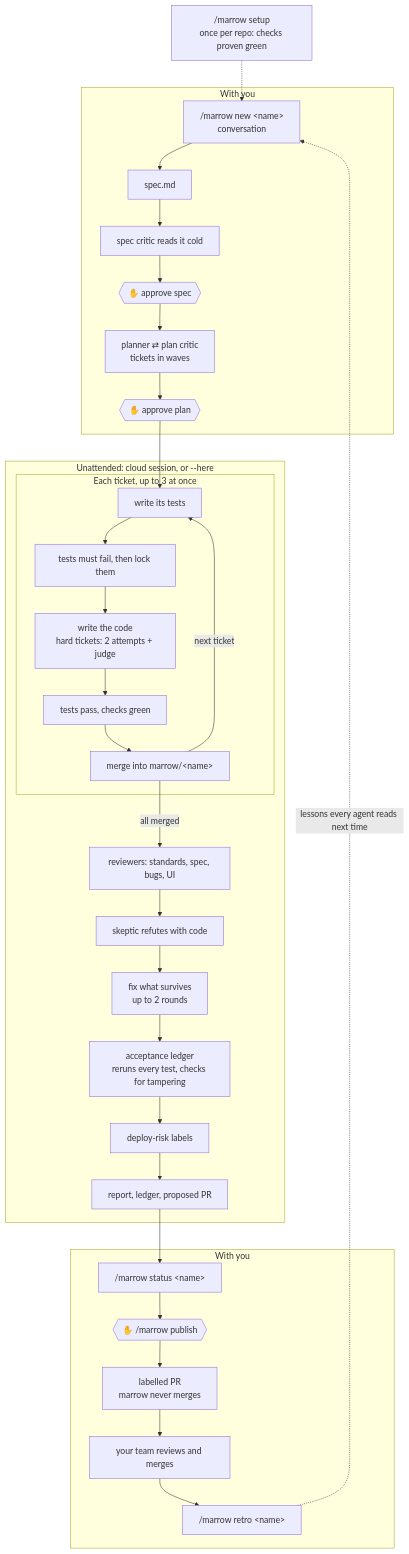
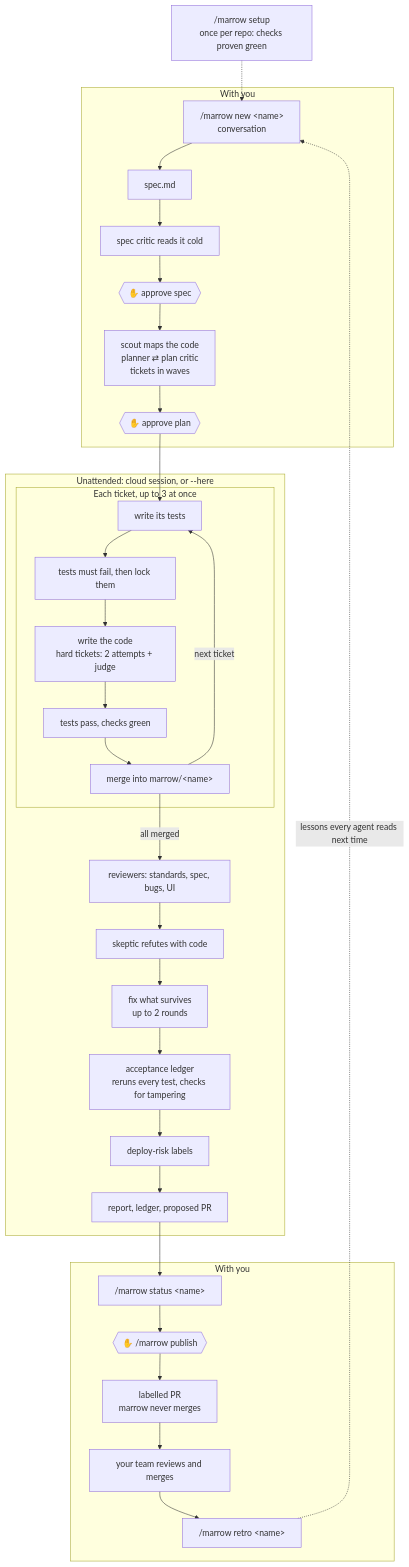
Before and after one commit to sunnyeyles/marrow: the diagram in docs/guide.md, drawn with Mermaid. The commit also changed 8 other files, not shown here.

First line of the commit message:
Add a scout that maps the code before planning

````diff
--- a/docs/guide.md
+++ b/docs/guide.md
@@ -5,41 +5,41 @@
 ```mermaid
 flowchart TD
     setup["/marrow setup<br/>once per repo: checks proven green"] -.-> new
 
     subgraph you1 ["With you"]
         new["/marrow new #lt;name#gt;<br/>conversation"] --> spec["spec.md"]
         spec --> critic["spec critic reads it cold"]
         critic --> okSpec{{"✋ approve spec"}}
-        okSpec --> plan["planner ⇄ plan critic<br/>tickets in waves"]
+        okSpec --> plan["scout maps the code<br/>planner ⇄ plan critic<br/>tickets in waves"]
         plan --> okPlan{{"✋ approve plan"}}
     end
 
     okPlan --> tickets
 
     subgraph build ["Unattended: cloud session, or --here"]
         subgraph lane ["Each ticket, up to 3 at once"]
             tickets["write its tests"] --> red["tests must fail, then lock them"]
             red --> code["write the code<br/>hard tickets: 2 attempts + judge"]
             code --> green["tests pass, checks green"]
             green --> merge["merge into marrow/#lt;name#gt;"]
         end
         merge -- "next ticket" --> tickets
         merge -- "all merged" --> review["reviewers: standards, spec, bugs, UI"]
         review --> skeptic["skeptic refutes with code"]
         skeptic --> fix["fix what survives<br/>up to 2 rounds"]
         fix --> ledger["acceptance ledger<br/>reruns every test, checks for tampering"]
         ledger --> labels["deploy-risk labels"]
         labels --> report["report, ledger, proposed PR"]
     end
 
     report --> status["/marrow status #lt;name#gt;"]
 
     subgraph you2 ["With you"]
         status --> okPR{{"✋ /marrow publish"}}
         okPR --> pr["labelled PR<br/>marrow never merges"]
         pr --> humans["your team reviews and merges"]
         humans --> retro["/marrow retro #lt;name#gt;"]
     end
 
     retro -. "lessons every agent reads next time" .-> new
 ```
````
